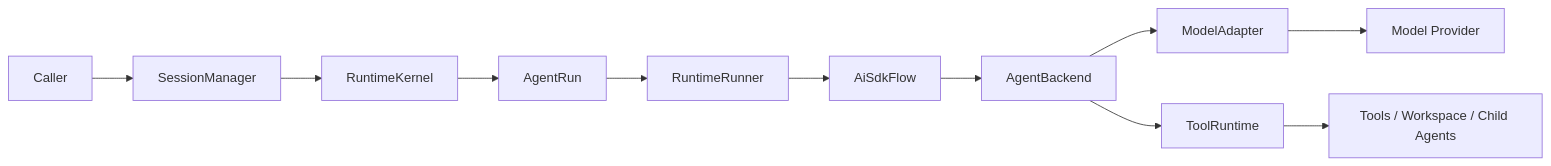
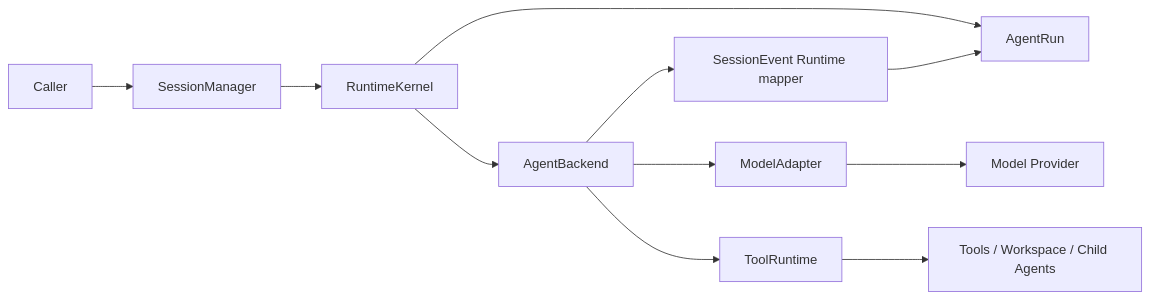
Before and after one commit to 1625567290/maka-agent: the second of 3 diagrams in docs/architecture/runtime-core-architecture-draft.md, drawn with Mermaid. The commit also changed other lines of this file and 38 other files, not shown here.

Commit message:
refactor(runtime): collapse runner shell into kernel (#3718)

````diff
--- a/docs/architecture/runtime-core-architecture-draft.md
+++ b/docs/architecture/runtime-core-architecture-draft.md
@@ -178,13 +177,13 @@
 ```mermaid
 flowchart LR
     A["Caller"] --> B["SessionManager"]
     B --> C["RuntimeKernel"]
     C --> D["AgentRun"]
-    D --> E["RuntimeRunner"]
-    E --> F["AiSdkFlow"]
-    F --> G["AgentBackend"]
+    C --> G["AgentBackend"]
+    G --> F["SessionEvent Runtime mapper"]
+    F --> D
     G --> H["ModelAdapter"]
     G --> I["ToolRuntime"]
     H --> J["Model Provider"]
     I --> K["Tools / Workspace / Child Agents"]
 ```
````
